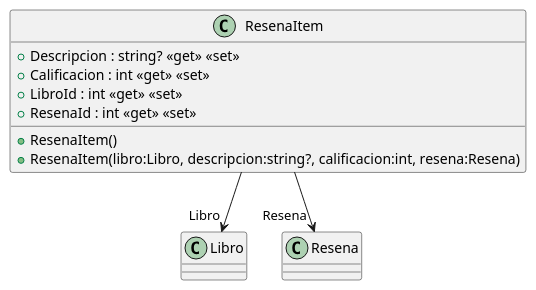
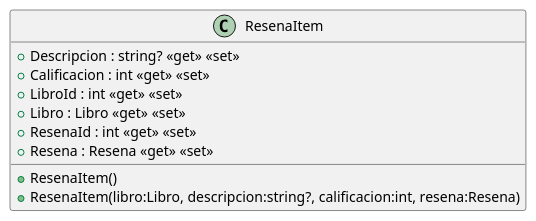
One commit to ISII2627LosElnes/ISII2627LosElnes changed the diagram in src/AppForSEII.API/ClassDiagram/ResenaItem.puml. Above: the diagram before and after it, drawn with PlantUML. The commit also changed 11 other files, not shown here.

```diff
--- a/src/AppForSEII.API/ClassDiagram/ResenaItem.puml
+++ b/src/AppForSEII.API/ClassDiagram/ResenaItem.puml
@@ -1,12 +1,12 @@
 @startuml
 class ResenaItem {
     + ResenaItem()
     + ResenaItem(libro:Libro, descripcion:string?, calificacion:int, resena:Resena)
     + Descripcion : string? <<get>> <<set>>
     + Calificacion : int <<get>> <<set>>
     + LibroId : int <<get>> <<set>>
+    + Libro : Libro <<get>> <<set>>
     + ResenaId : int <<get>> <<set>>
+    + Resena : Resena <<get>> <<set>>
 }
-ResenaItem --> "Libro" Libro
-ResenaItem --> "Resena" Resena
 @enduml
```
